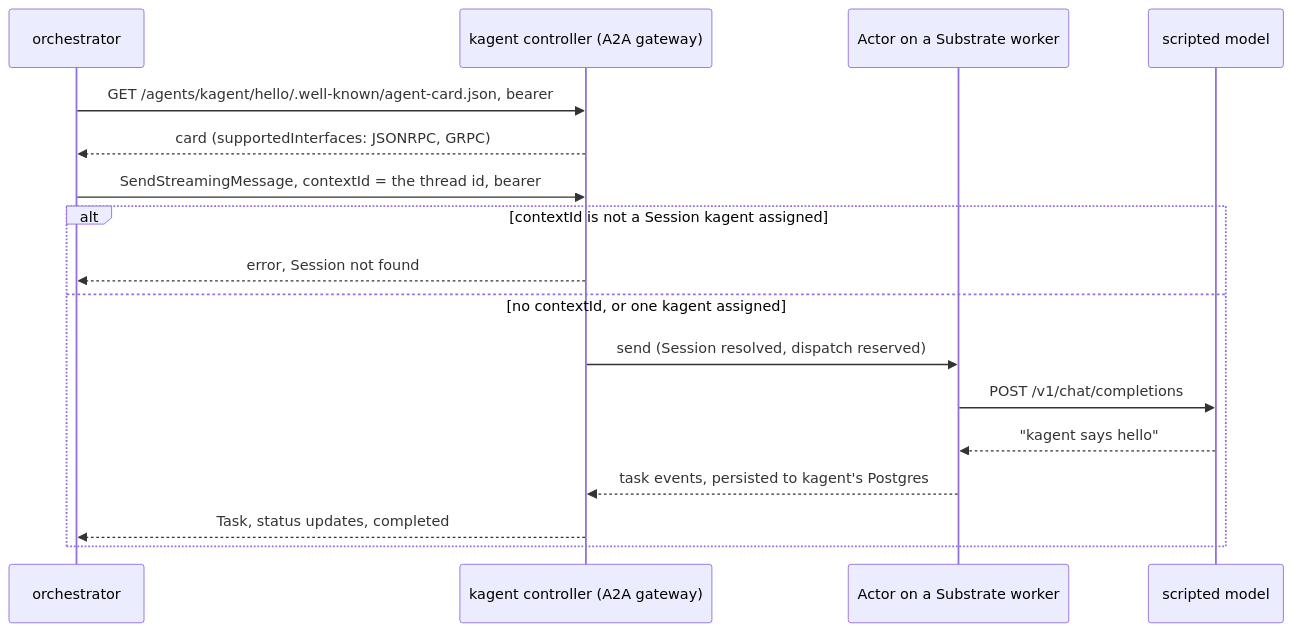
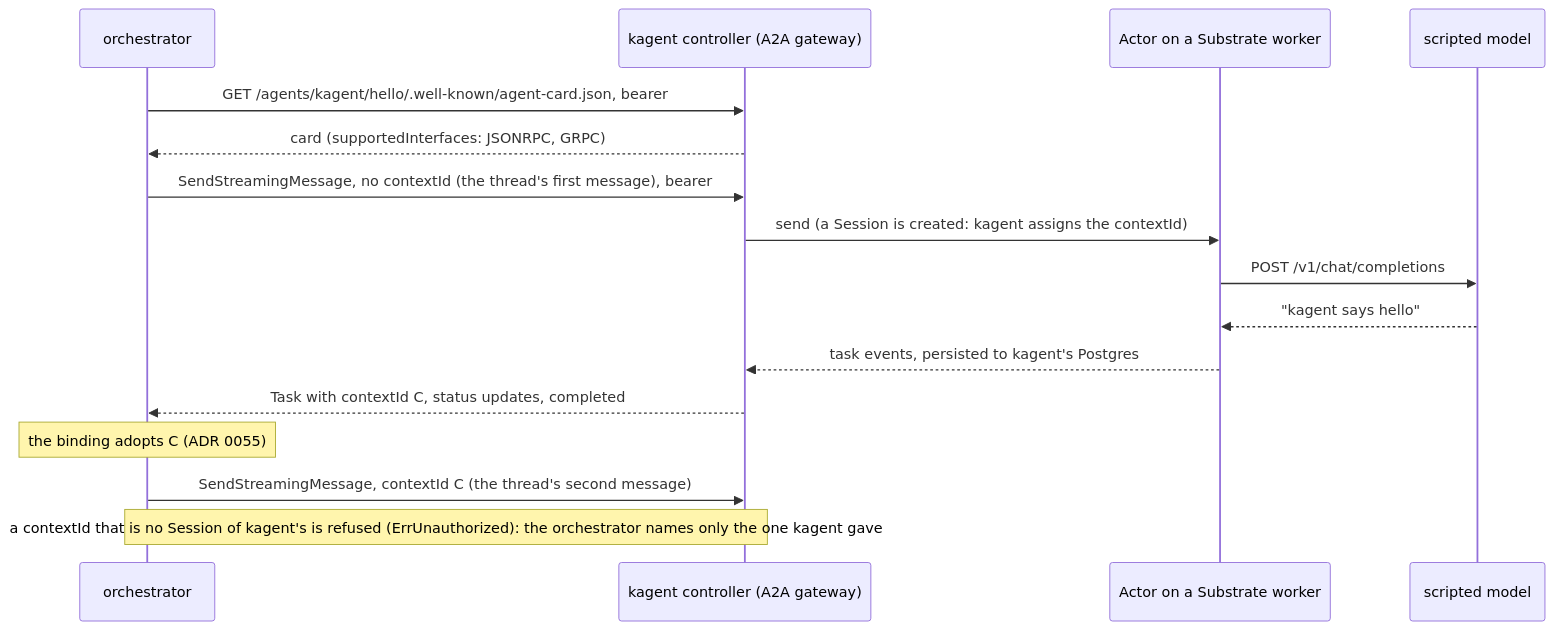
Diagram 24 of 39 in dev/README.md (vymalo/another-agentic-system), drawn with Mermaid before and after one commit. The commit also changed other lines of this file and 2 other files, not shown here.

First line of the commit message:
docs: kagent 0.10 is compatible over A2A 1.0, what each scenario proves, the layout row

````diff
--- a/dev/README.md
+++ b/dev/README.md
@@ -1800,19 +1828,18 @@
 ```mermaid
 sequenceDiagram
   participant O as orchestrator
   participant G as kagent controller (A2A gateway)
   participant A as Actor on a Substrate worker
   participant M as scripted model
   O->>G: GET /agents/kagent/hello/.well-known/agent-card.json, bearer
   G-->>O: card (supportedInterfaces: JSONRPC, GRPC)
-  O->>G: SendStreamingMessage, contextId = the thread id, bearer
-  alt contextId is not a Session kagent assigned
-    G-->>O: error, Session not found
-  else no contextId, or one kagent assigned
-    G->>A: send (Session resolved, dispatch reserved)
-    A->>M: POST /v1/chat/completions
-    M-->>A: "kagent says hello"
-    A-->>G: task events, persisted to kagent's Postgres
-    G-->>O: Task, status updates, completed
-  end
+  O->>G: SendStreamingMessage, no contextId (the thread's first message), bearer
+  G->>A: send (a Session is created: kagent assigns the contextId)
+  A->>M: POST /v1/chat/completions
+  M-->>A: "kagent says hello"
+  A-->>G: task events, persisted to kagent's Postgres
+  G-->>O: Task with contextId C, status updates, completed
+  Note over O: the binding adopts C (ADR 0055)
+  O->>G: SendStreamingMessage, contextId C (the thread's second message)
+  Note over O,G: a contextId that is no Session of kagent's is refused (ErrUnauthorized): the orchestrator names only the one kagent gave
 ```
````
